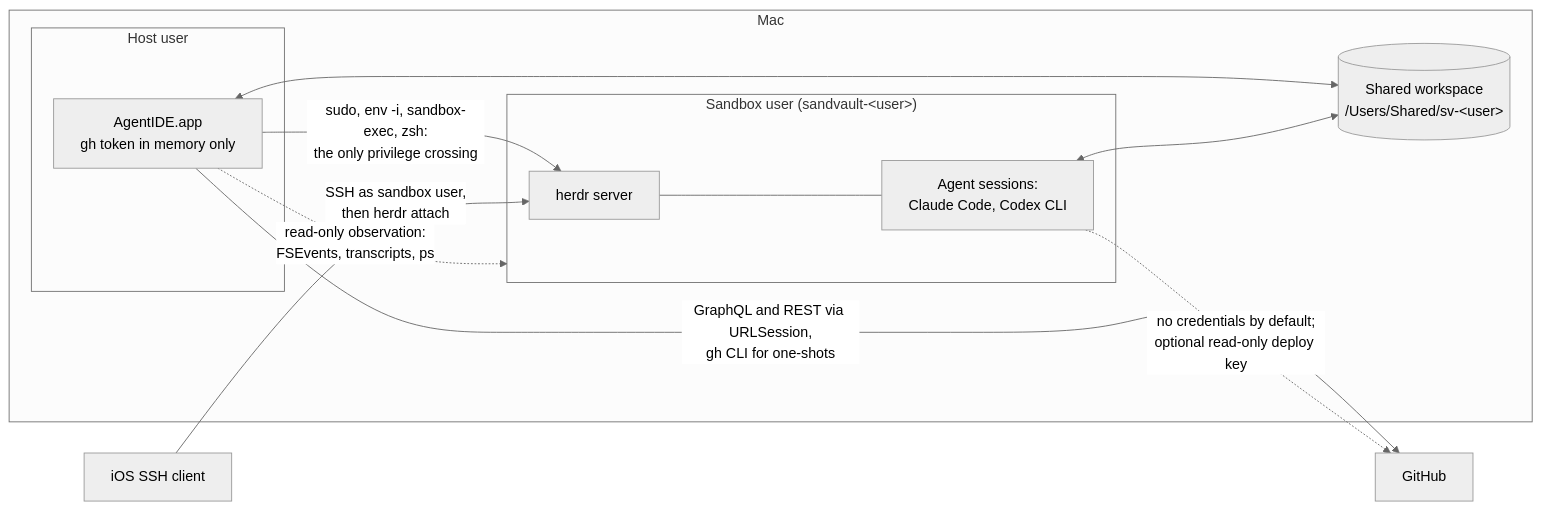
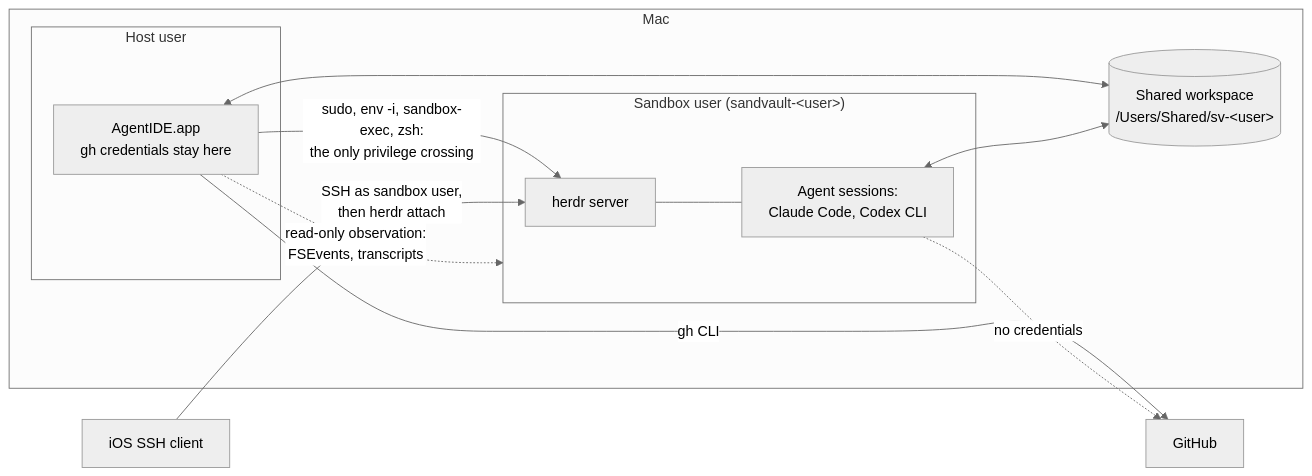
Before and after one commit to MikeMcQuaid/AgentIDE: the first of 2 diagrams in ARCHITECTURE.md, drawn with Mermaid (neutral theme). The commit also changed other lines of this file and 1 other file, not shown here.

````diff
--- a/ARCHITECTURE.md
+++ b/ARCHITECTURE.md
@@ -27,24 +27,24 @@
 ```mermaid
 flowchart LR
     ios["iOS SSH client"]
     subgraph mac["Mac"]
         subgraph host["Host user"]
-            app["AgentIDE.app<br/>gh token in memory only"]
+            app["AgentIDE.app<br/>gh credentials stay here"]
         end
         subgraph sandbox["Sandbox user (sandvault-&lt;user&gt;)"]
             herdr["herdr server"]
             agents["Agent sessions:<br/>Claude Code, Codex CLI"]
         end
         shared[("Shared workspace<br/>/Users/Shared/sv-&lt;user&gt;")]
     end
     github["GitHub"]
 
     app -->|"sudo, env -i, sandbox-exec, zsh:<br/>the only privilege crossing"| herdr
     herdr --- agents
-    app -.->|"read-only observation:<br/>FSEvents, transcripts, ps"| sandbox
+    app -.->|"read-only observation:<br/>FSEvents, transcripts"| sandbox
     app <--> shared
     agents <--> shared
-    app -->|"GraphQL and REST via URLSession,<br/>gh CLI for one-shots"| github
-    agents -.->|"no credentials by default;<br/>optional read-only deploy key"| github
+    app -->|"gh CLI"| github
+    agents -.->|"no credentials"| github
     ios -->|"SSH as sandbox user,<br/>then herdr attach"| herdr
 ```
````
